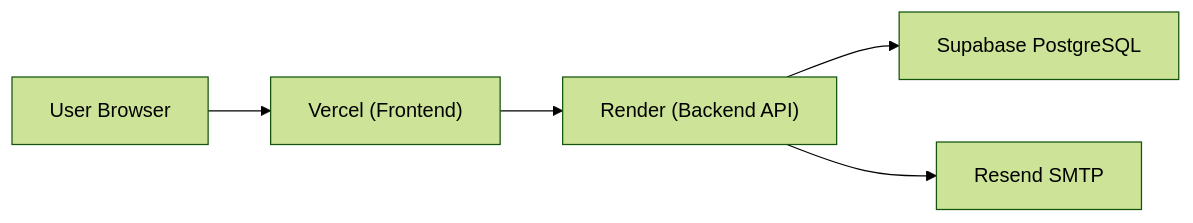
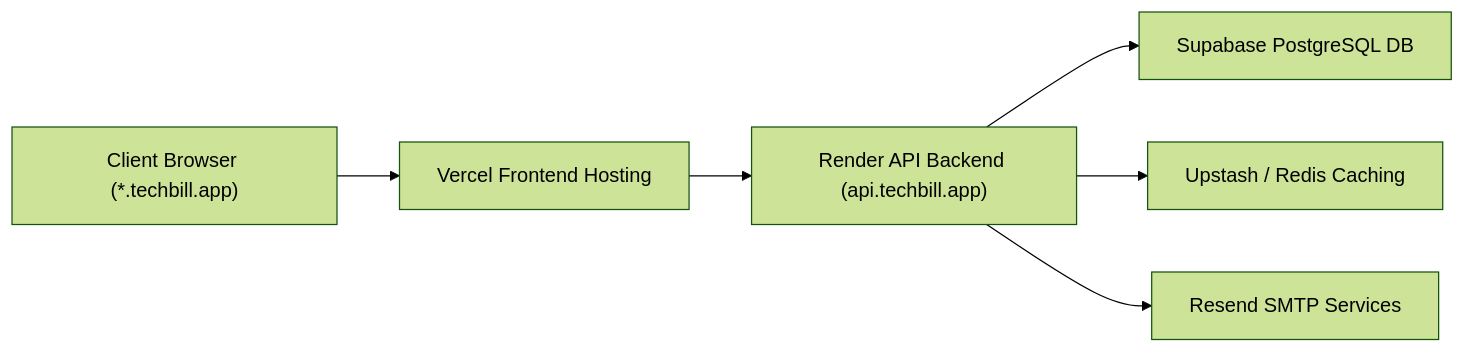
Before and after one commit to krishbaresha/Tech-Bill: the diagram in guide.md, drawn with Mermaid (forest theme). The commit also changed other lines of this file and 345 other files, not shown here.

````diff
--- a/guide.md
+++ b/guide.md
@@ -5,7 +9,8 @@
 ```mermaid
 graph LR
-  U["User Browser"] --> V["Vercel (Frontend)"]
-  V --> R["Render (Backend API)"]
-  R --> DB["Supabase PostgreSQL"]
-  R --> RS["Resend SMTP"]
+  User["Client Browser (*.techbill.app)"] --> Vercel["Vercel Frontend Hosting"]
+  Vercel --> Render["Render API Backend (api.techbill.app)"]
+  Render --> Supabase["Supabase PostgreSQL DB"]
+  Render --> Redis["Upstash / Redis Caching"]
+  Render --> Resend["Resend SMTP Services"]
 ```
````
